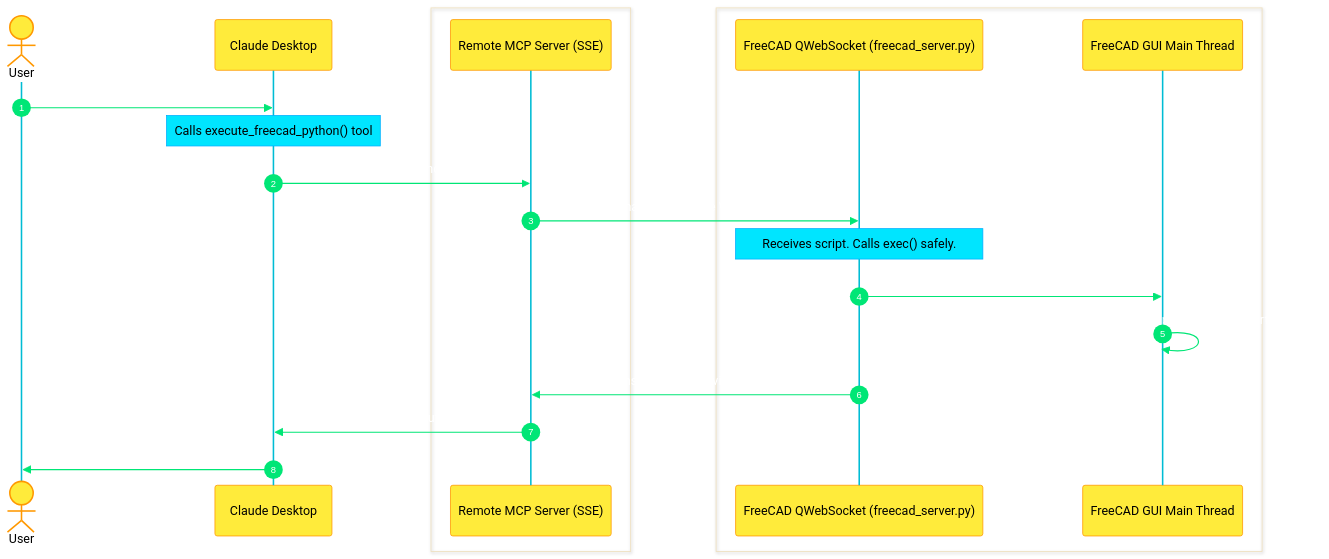
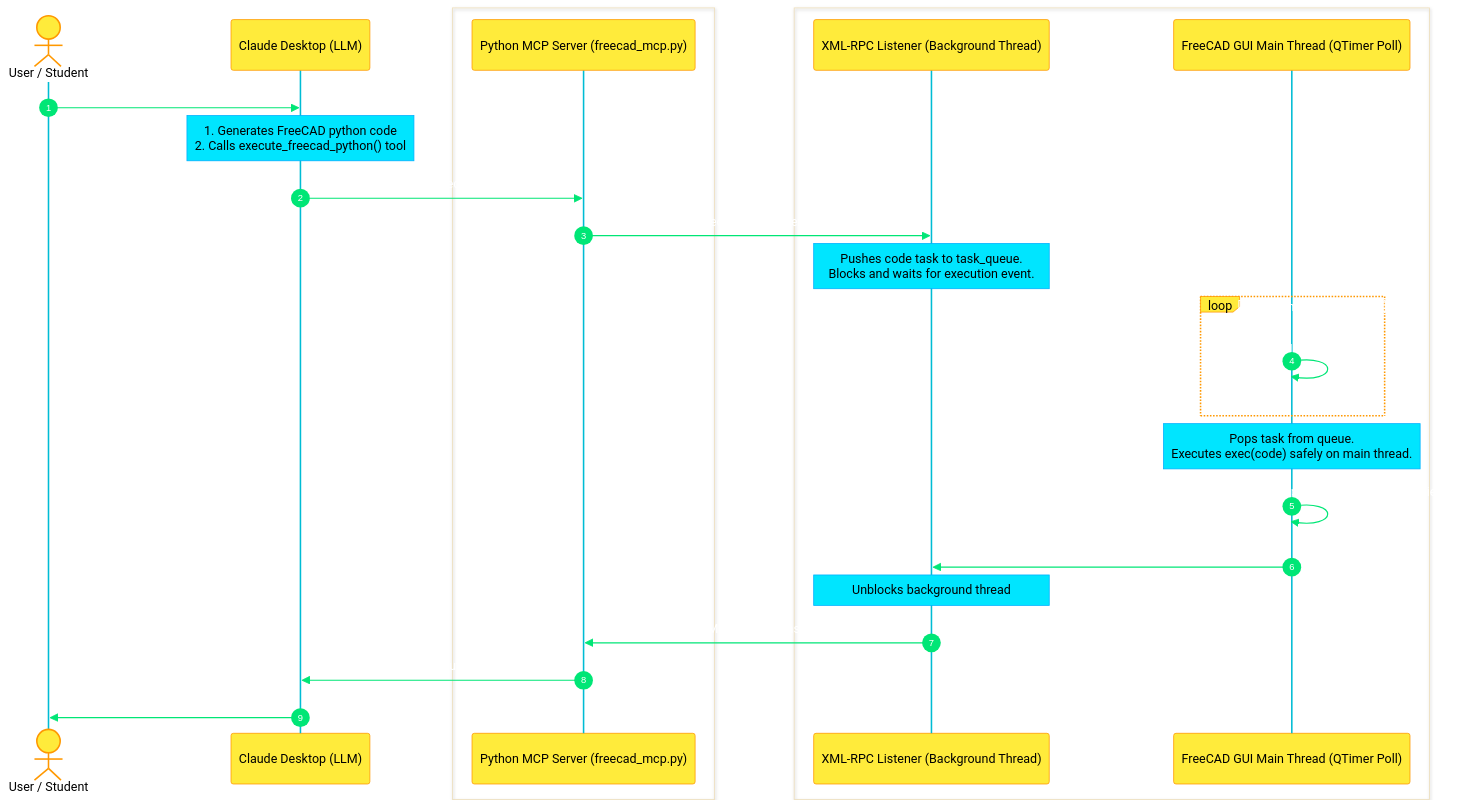
The diagram in README.md (SachinMishra-ux/MCP_MVP), drawn with Mermaid before and after one commit. The commit also changed other lines of this file and 4 other files, not shown here.

Commit message:
README updated with System Architecture Diagram as well as Flow.

````diff
--- a/README.md
+++ b/README.md
@@ -20,41 +21,46 @@
 ```mermaid
 %%{init: {
   'theme': 'base',
   'themeVariables': {
     'actorBkg': '#ffeb3b',
     'actorBorder': '#ff9800',
     'actorTextColor': '#000000',
     'actorLineColor': '#00bcd4',
     'signalColor': '#00e676',
     'signalTextColor': '#ffffff',
     'noteBkgColor': '#00e5ff',
     'noteBorderColor': '#00b0ff',
     'noteTextColor': '#000000',
     'loopBkgColor': '#37474f',
     'loopTextColor': '#ffffff',
     'sequenceNumberColor': '#ffffff'
   }
 }}%%
 sequenceDiagram
     autonumber
-    actor User as User
-    participant Claude as Claude Desktop
-    box #1e3a8a Cloud Hosted (Render)
-        participant MCP as Remote MCP Server (SSE)
+    actor User as User / Student
+    participant Claude as Claude Desktop (LLM)
+    box #1e3a8a External Terminal Process
+        participant MCP as Python MCP Server (freecad_mcp.py)
     end
-    box #064e3b Local Desktop
-        participant Macro as FreeCAD QWebSocket (freecad_server.py)
-        participant GUI as FreeCAD GUI Main Thread
+    box #064e3b Inside FreeCAD App Process
+        participant RPC as XML-RPC Listener (Background Thread)
+        participant Main as FreeCAD GUI Main Thread (QTimer Poll)
     end
 
     User->>Claude: "Draw a cylinder"
-    Note over Claude: Calls execute_freecad_python() tool
-    Claude->>MCP: Call Tool (via mcp-remote bridge)
-    MCP->>Macro: Send command (via secure WebSocket tunnel)
-    Note over Macro: Receives script. Calls exec() safely.
-    Macro->>GUI: execute (modifies document on main thread)
-    GUI->>GUI: App.ActiveDocument.recompute() (3D viewport updates)
-    Macro->>MCP: Returns output/logs (via WebSocket)
+    Note over Claude: 1. Generates FreeCAD python code<br/>2. Calls execute_freecad_python() tool
+    Claude->>MCP: Call Tool: execute_freecad_python(code)
+    MCP->>RPC: XML-RPC Post Request (e.g. client.execute(code))
+    Note over RPC: Pushes code task to task_queue.<br/>Blocks and waits for execution event.
+    loop Every 50ms (QTimer Tick)
+        Main->>Main: Check if task_queue has items
+    end
+    Note over Main: Pops task from queue.<br/>Executes exec(code) safely on main thread.
+    Main->>Main: App.ActiveDocument.recompute() (GUI updates 3D view)
+    Main->>RPC: Signal "threading.Event" complete & store stdout/stderr
+    Note over RPC: Unblocks background thread
+    RPC->>MCP: Returns XML-RPC response dictionary
     MCP->>Claude: Returns standard output / error logs
     Claude->>User: "I have created the cylinder for you!"
 ```
````
